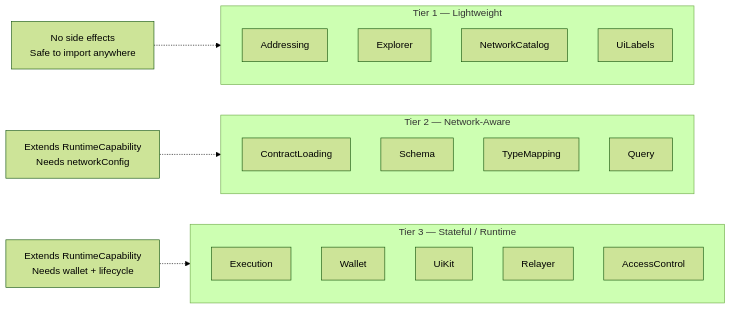
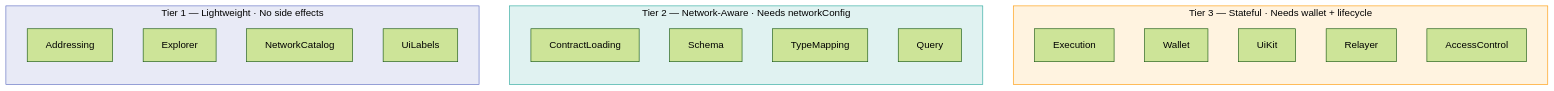
One commit to OpenZeppelin/docs changed the second of 5 diagrams in content/tools/uikit/architecture.mdx. Above: the diagram before and after it, drawn with Mermaid (forest theme). The commit also changed other lines of this file and 1 other file, not shown here.

First line of the commit message:
docs(uikit): rewrite Mermaid diagrams for clean layout

````diff
--- a/content/tools/uikit/architecture.mdx
+++ b/content/tools/uikit/architecture.mdx
@@ -70,35 +57,33 @@
 ```mermaid
-graph LR
-  subgraph "Tier 1 — Lightweight"
+flowchart LR
+  subgraph t1 ["Tier 1 — Lightweight · No side effects"]
     direction TB
     Addressing["Addressing"]
     Explorer["Explorer"]
     NetworkCatalog["NetworkCatalog"]
     UiLabels["UiLabels"]
   end
 
-  subgraph "Tier 2 — Network-Aware"
+  subgraph t2 ["Tier 2 — Network-Aware · Needs networkConfig"]
     direction TB
     ContractLoading["ContractLoading"]
     Schema["Schema"]
     TypeMapping["TypeMapping"]
     Query["Query"]
   end
 
-  subgraph "Tier 3 — Stateful / Runtime"
+  subgraph t3 ["Tier 3 — Stateful · Needs wallet + lifecycle"]
     direction TB
     Execution["Execution"]
     Wallet["Wallet"]
     UiKit["UiKit"]
     Relayer["Relayer"]
     AccessControl["AccessControl"]
   end
 
-  Tier1Style["No side effects<br/>Safe to import anywhere"]
-  Tier2Style["Extends RuntimeCapability<br/>Needs networkConfig"]
-  Tier3Style["Extends RuntimeCapability<br/>Needs wallet + lifecycle"]
+  t1 ~~~ t2 ~~~ t3
 
-  Tier1Style -.-> Addressing
-  Tier2Style -.-> ContractLoading
-  Tier3Style -.-> Execution
+  style t1 fill:#e8eaf6,stroke:#5c6bc0,color:#000
+  style t2 fill:#e0f2f1,stroke:#26a69a,color:#000
+  style t3 fill:#fff3e0,stroke:#ff9800,color:#000
 ```
````
